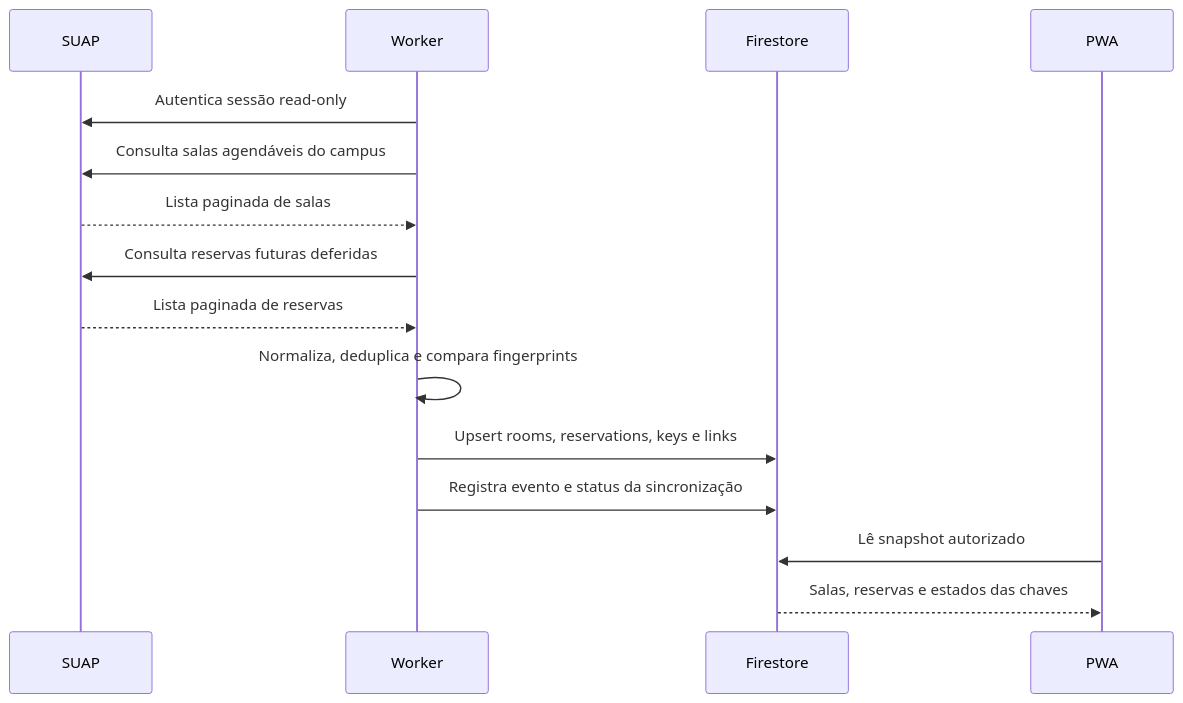
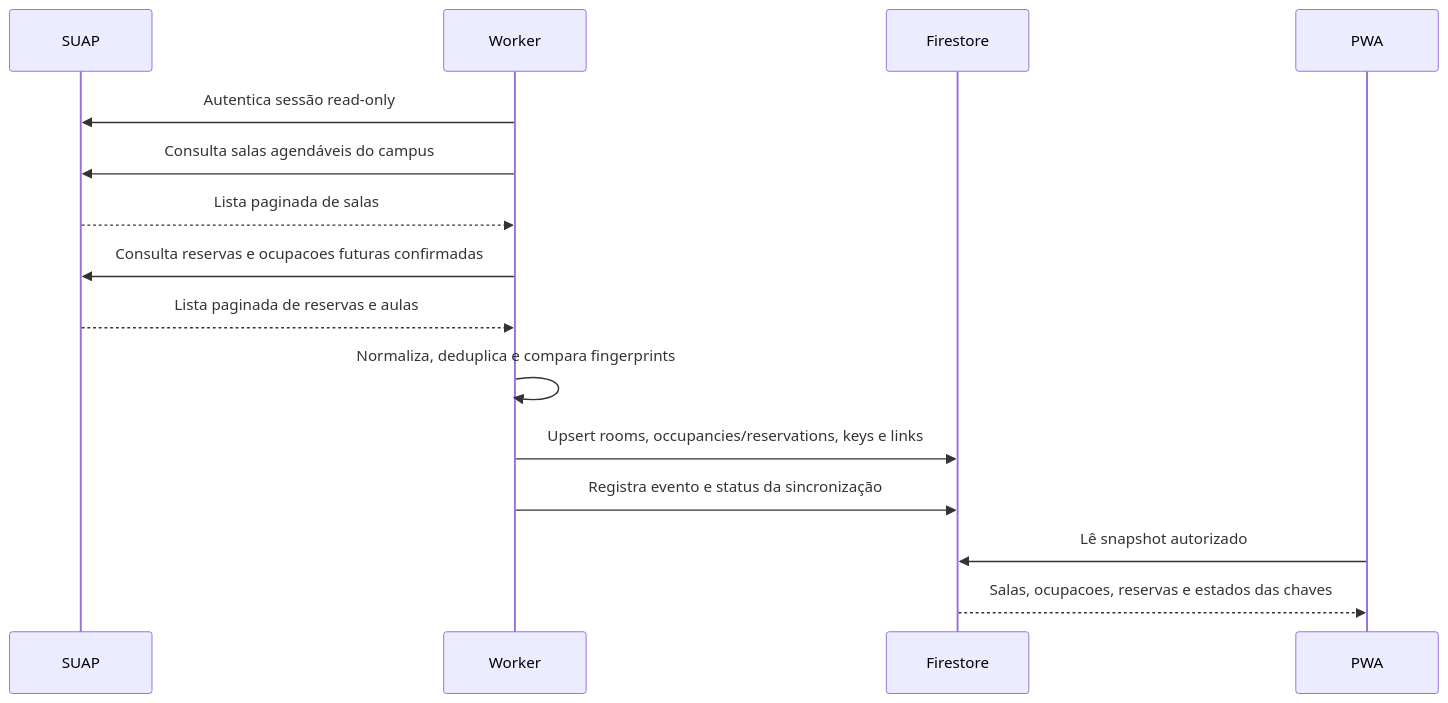
The second of 4 diagrams in docs/fluxos-e-modelo.md (jacsonlinux/chaveiro-ifbaps), drawn with Mermaid before and after one commit. The commit also changed other lines of this file and 2 other files, not shown here.

````diff
--- a/docs/fluxos-e-modelo.md
+++ b/docs/fluxos-e-modelo.md
@@ -151,18 +173,18 @@
 ```mermaid
 sequenceDiagram
     participant S as SUAP
     participant W as Worker
     participant F as Firestore
     participant P as PWA
 
     W->>S: Autentica sessão read-only
     W->>S: Consulta salas agendáveis do campus
     S-->>W: Lista paginada de salas
-    W->>S: Consulta reservas futuras deferidas
-    S-->>W: Lista paginada de reservas
+    W->>S: Consulta reservas e ocupacoes futuras confirmadas
+    S-->>W: Lista paginada de reservas e aulas
     W->>W: Normaliza, deduplica e compara fingerprints
-    W->>F: Upsert rooms, reservations, keys e links
+    W->>F: Upsert rooms, occupancies/reservations, keys e links
     W->>F: Registra evento e status da sincronização
     P->>F: Lê snapshot autorizado
-    F-->>P: Salas, reservas e estados das chaves
+    F-->>P: Salas, ocupacoes, reservas e estados das chaves
 ```
````
